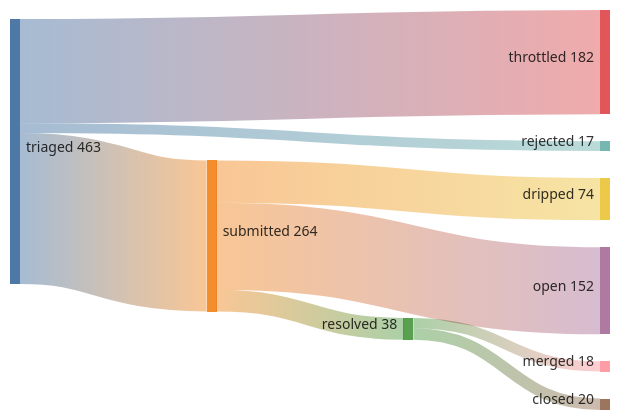
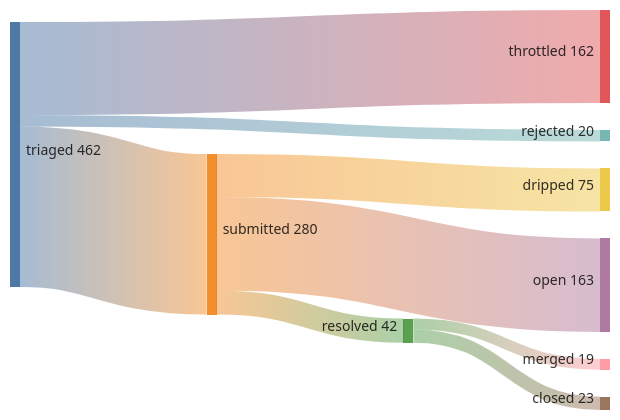
The first of 2 diagrams in README.md (kimjune01/kimjune01), drawn with Mermaid before and after one commit. The commit also changed other lines of this file, not shown here.

Commit message:
stats: 19/42 = 45% (06:36 UTC)

````diff
--- a/README.md
+++ b/README.md
@@ -3,11 +3,11 @@
 ```mermaid
 sankey-beta
-    triaged,    submitted, 264
-    triaged,    throttled, 182
-    triaged,    rejected,  17
-    submitted,  resolved,  38
-    submitted,  dripped,   74
-    submitted,  open,      152
-    resolved,   merged,    18
-    resolved,   closed,    20
+    triaged,    submitted, 280
+    triaged,    throttled, 162
+    triaged,    rejected,  20
+    submitted,  resolved,  42
+    submitted,  dripped,   75
+    submitted,  open,      163
+    resolved,   merged,    19
+    resolved,   closed,    23
 ```
````
